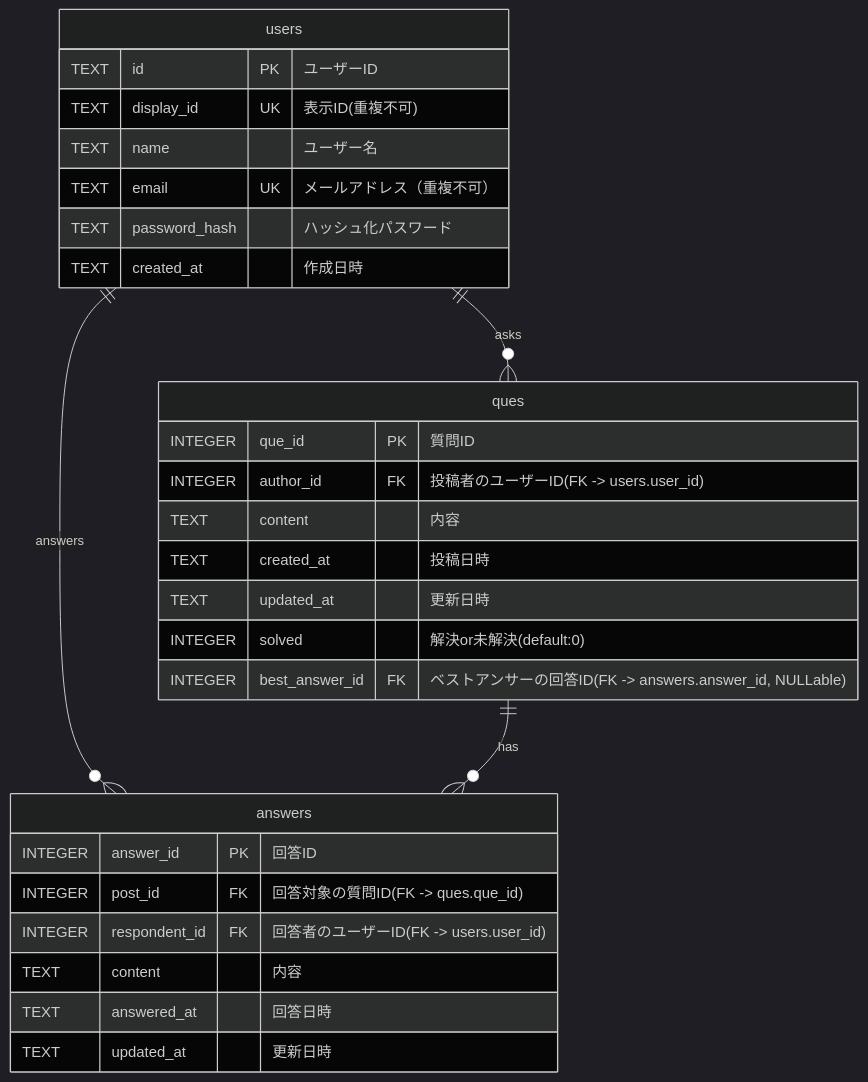
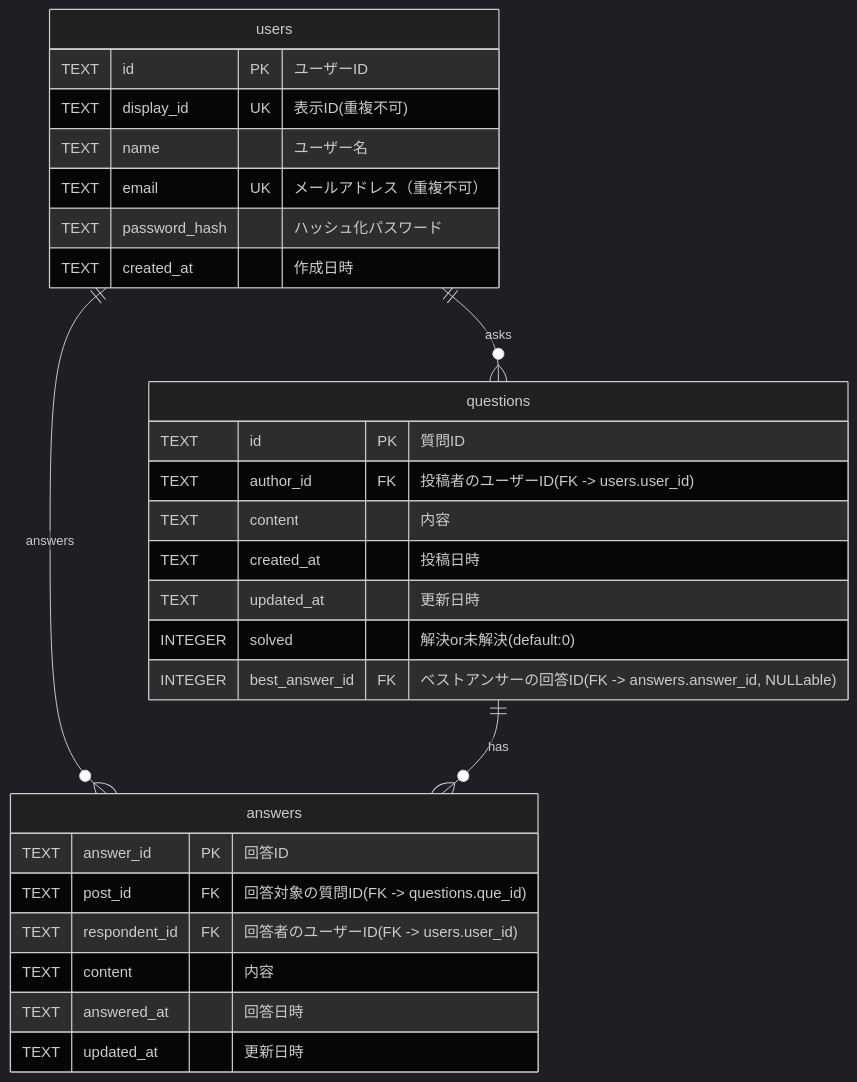
One commit to nomanoma121/maxi-q changed the diagram in docs/DB.md. Above: the diagram before and after it, drawn with Mermaid (dark theme).

Commit message:
docs:docs/DB.mdのid表記を修正

````diff
--- a/docs/DB.md
+++ b/docs/DB.md
@@ -1,36 +1,36 @@
 ```mermaid
 erDiagram
 
 users {
         TEXT id PK "ユーザーID "
         TEXT display_id UK "表示ID(重複不可)"
         TEXT name "ユーザー名"
         TEXT email UK "メールアドレス（重複不可）"
         TEXT password_hash "ハッシュ化パスワード"
         TEXT created_at "作成日時"
     }
 
-ques {
-    INTEGER que_id PK "質問ID"
-    INTEGER author_id FK "投稿者のユーザーID(FK -> users.user_id)"
+questions {
+    TEXT id PK "質問ID"
+    TEXT author_id FK "投稿者のユーザーID(FK -> users.user_id)"
     TEXT content "内容"
     TEXT created_at "投稿日時"
     TEXT updated_at "更新日時"
     INTEGER solved "解決or未解決(default:0)"
     INTEGER best_answer_id FK "ベストアンサーの回答ID(FK -> answers.answer_id, NULLable)" 
 
 }
 
 answers {
-    INTEGER answer_id PK "回答ID"
-    INTEGER post_id FK "回答対象の質問ID(FK -> ques.que_id)"
-    INTEGER respondent_id FK "回答者のユーザーID(FK -> users.user_id)"
+    TEXT answer_id PK "回答ID"
+    TEXT post_id FK "回答対象の質問ID(FK -> questions.que_id)"
+    TEXT respondent_id FK "回答者のユーザーID(FK -> users.user_id)"
     TEXT content "内容"
     TEXT answered_at "回答日時"
     TEXT updated_at "更新日時"
 }
 
-users ||--o{ ques : "asks"
+users ||--o{ questions : "asks"
 users ||--o{ answers : "answers"
-ques ||--o{ answers : "has"
+questions ||--o{ answers : "has"
 ```
````
